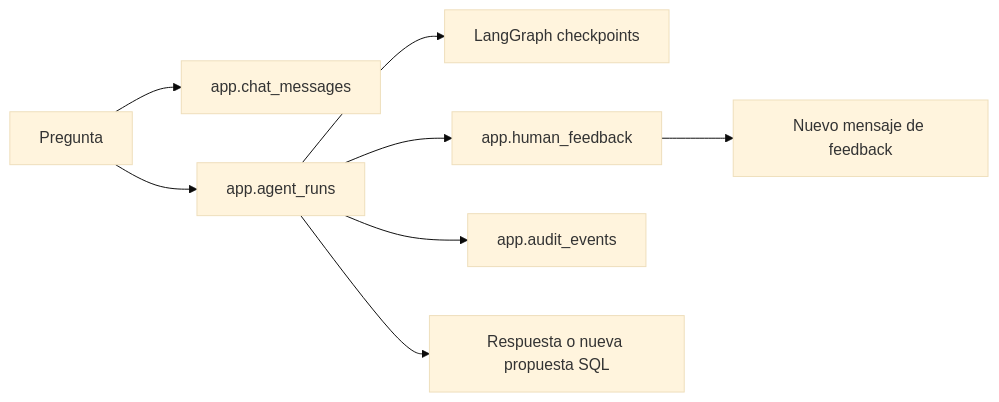
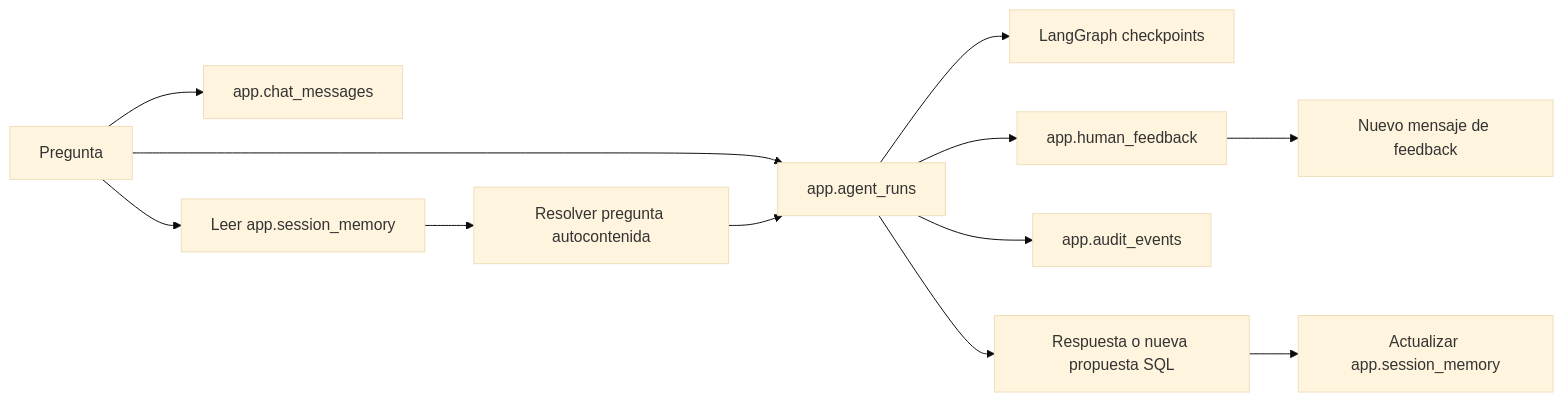
One commit to edgarrth/multiagente-sql-reporter changed the third of 4 diagrams in README.md. Above: the diagram before and after it, drawn with Mermaid (base theme). The commit also changed other lines of this file and 23 other files, not shown here.

````diff
--- a/README.md
+++ b/README.md
@@ -231,10 +245,14 @@
 ```mermaid
 flowchart LR
     Q[Pregunta] --> M1[app.chat_messages]
-    Q --> R[app.agent_runs]
-    R --> CP[LangGraph checkpoints]
-    R --> H[app.human_feedback]
+    Q --> SM[Leer app.session_memory]
+    SM --> R[Resolver pregunta autocontenida]
+    Q --> AR[app.agent_runs]
+    R --> AR
+    AR --> CP[LangGraph checkpoints]
+    AR --> H[app.human_feedback]
     H --> M2[Nuevo mensaje de feedback]
-    R --> A[app.audit_events]
-    R --> M3[Respuesta o nueva propuesta SQL]
+    AR --> A[app.audit_events]
+    AR --> M3[Respuesta o nueva propuesta SQL]
+    M3 --> UM[Actualizar app.session_memory]
 ```
````
